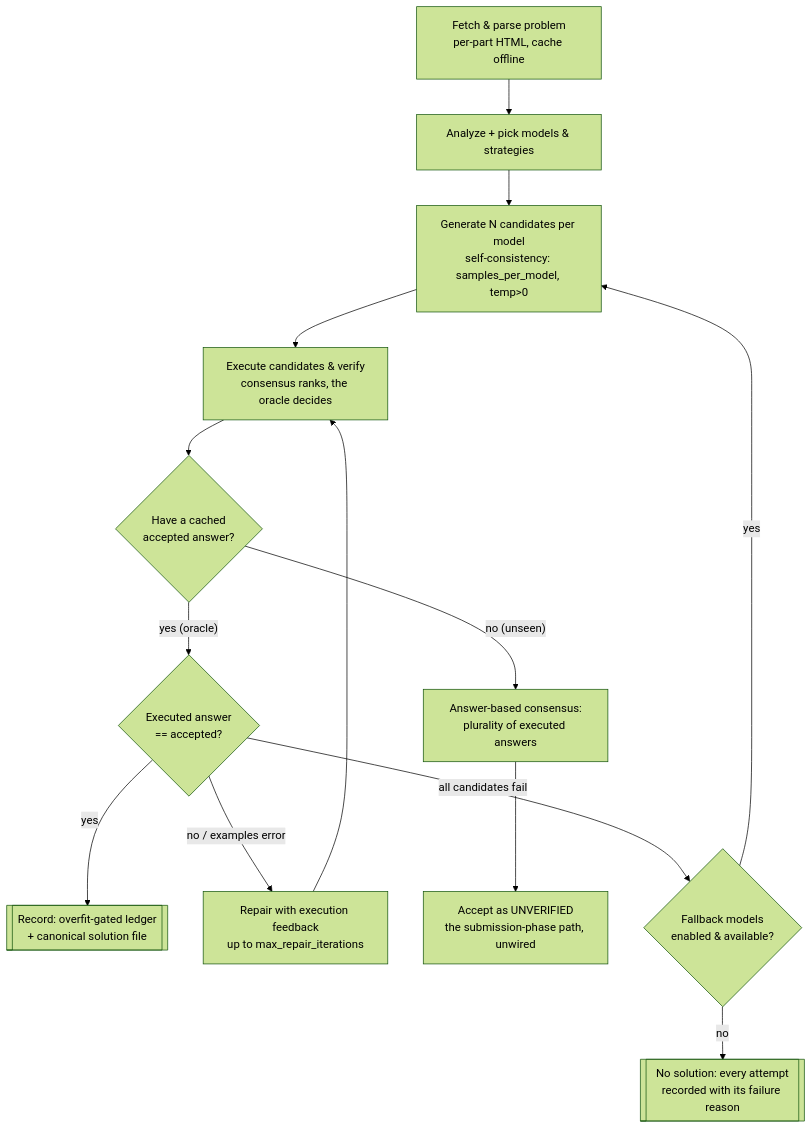
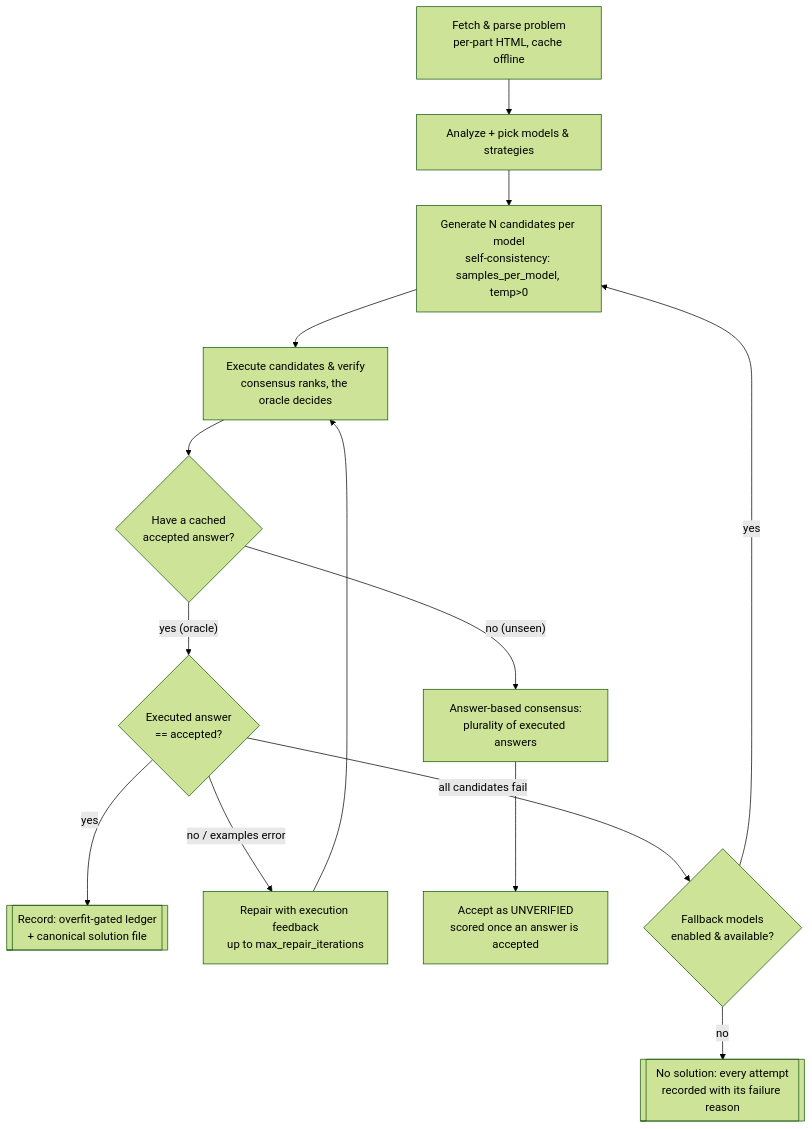
The diagram in README.md (geniusworks/problem-solver), drawn with Mermaid (forest theme) before and after one commit. The commit also changed other lines of this file and 6 other files, not shown here.

````diff
--- a/README.md
+++ b/README.md
@@ -152,16 +152,16 @@
 ```mermaid
 flowchart TD
     A[Fetch & parse problem<br/>per-part HTML, cache offline] --> B[Analyze + pick models & strategies]
     B --> C[Generate N candidates per model<br/>self-consistency: samples_per_model, temp&gt;0]
     C --> V[Execute candidates &amp; verify<br/>consensus ranks, the oracle decides]
     V --> Q{Have a cached<br/>accepted answer?}
     Q -- "yes (oracle)" --> M{Executed answer<br/>== accepted?}
     M -- yes --> REC[[Record: overfit-gated ledger<br/>+ canonical solution file]]
     M -- "no / examples error" --> REP[Repair with execution feedback<br/>up to max_repair_iterations]
     REP --> V
     Q -- "no (unseen)" --> PLUR[Answer-based consensus:<br/>plurality of executed answers]
-    PLUR --> UNV[Accept as UNVERIFIED<br/>the submission-phase path, unwired]
+    PLUR --> UNV[Accept as UNVERIFIED<br/>scored once an answer is accepted]
     M -- "all candidates fail" --> FB{Fallback models<br/>enabled & available?}
     FB -- yes --> C
     FB -- no --> NONE[[No solution: every attempt<br/>recorded with its failure reason]]
 ```
````
